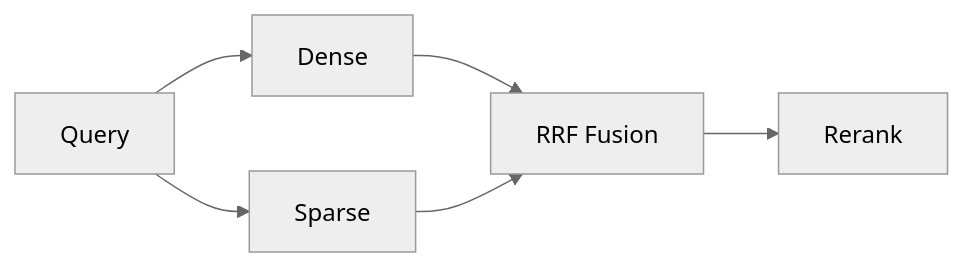
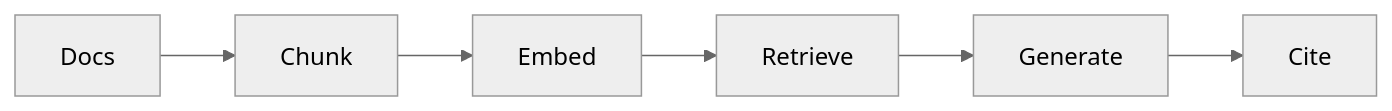
Before and after one commit to abdulsamad183/ai-engineering-playbook: the diagram in domains/rag/retrieval/04-retrieval-strategies.md, drawn with Mermaid (neutral theme). The commit also changed other lines of this file and 127 other files, not shown here.

````diff
--- a/domains/rag/retrieval/04-retrieval-strategies.md
+++ b/domains/rag/retrieval/04-retrieval-strategies.md
@@ -40,8 +87,4 @@
 ```mermaid
 flowchart LR
-    Q[Query] --> D[Dense]
-    Q --> S[Sparse]
-    D --> FUSE[RRF Fusion]
-    S --> FUSE
-    FUSE --> RER[Rerank]
+  Docs --> Chunk --> Embed --> Retrieve --> Generate --> Cite
 ```
````
